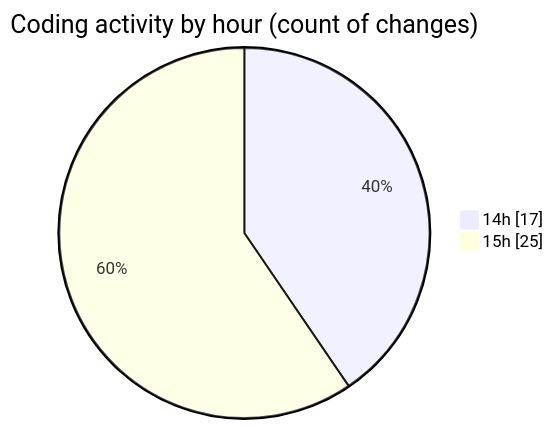
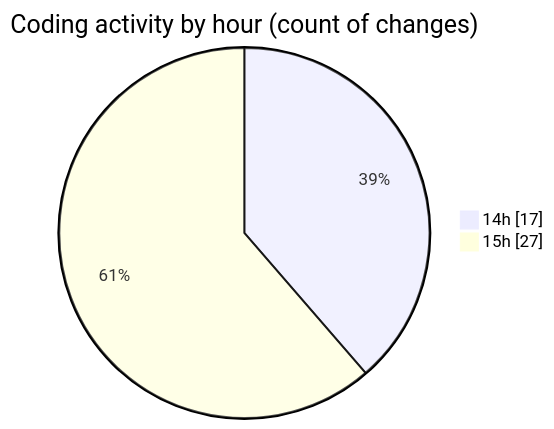
One commit to donsfak/code-tracking changed the second of 2 diagrams in 2025-04-10/trackers_app/README.md. Above: the diagram before and after it, drawn with Mermaid. The commit also changed other lines of this file and 1 other file, not shown here.

````diff
--- a/2025-04-10/trackers_app/README.md
+++ b/2025-04-10/trackers_app/README.md
@@ -42,6 +42,6 @@
 ```mermaid
 pie showData
 title Coding activity by hour (count of changes)
 "14h" : 17
-"15h" : 25
+"15h" : 27
 ```
````
